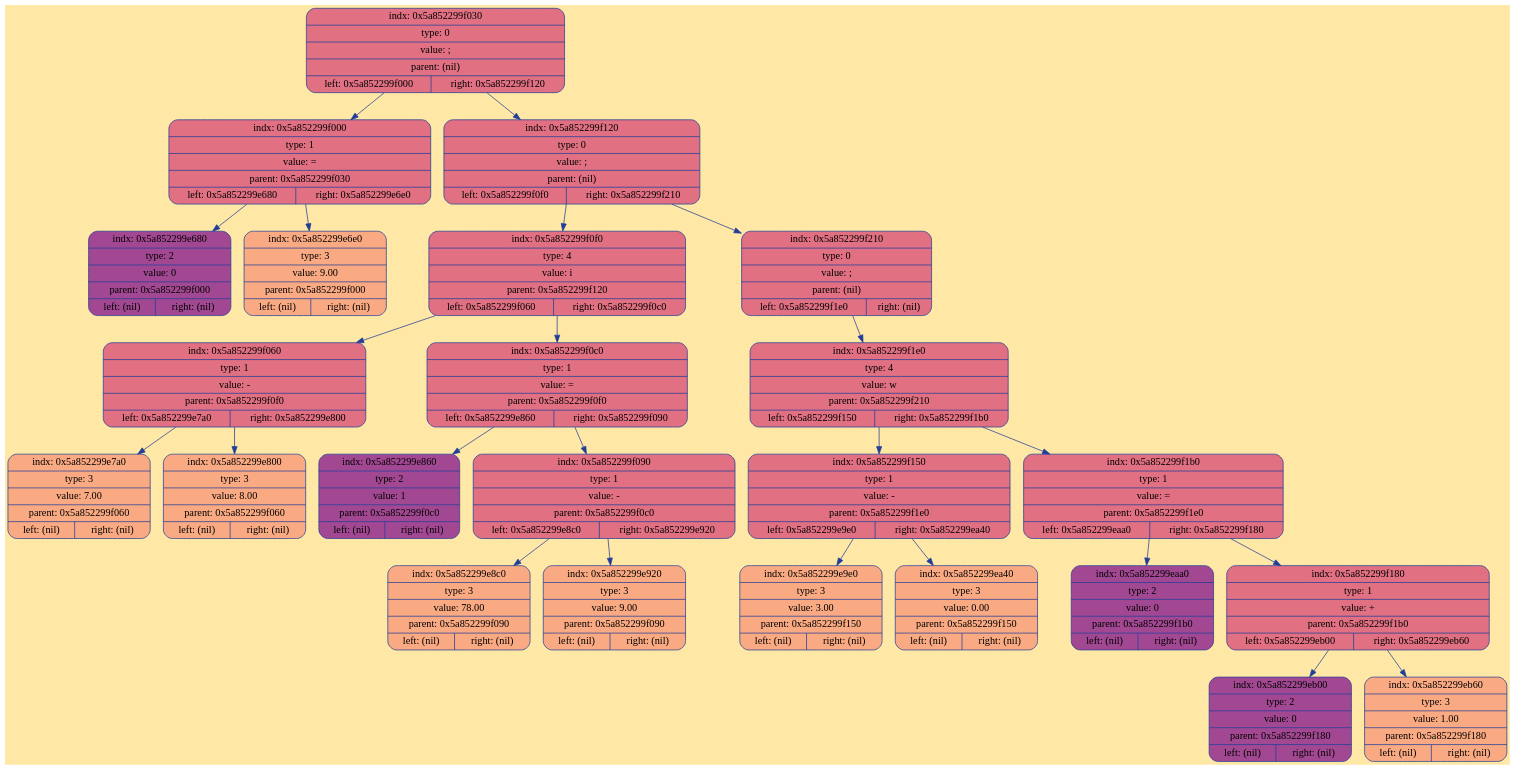
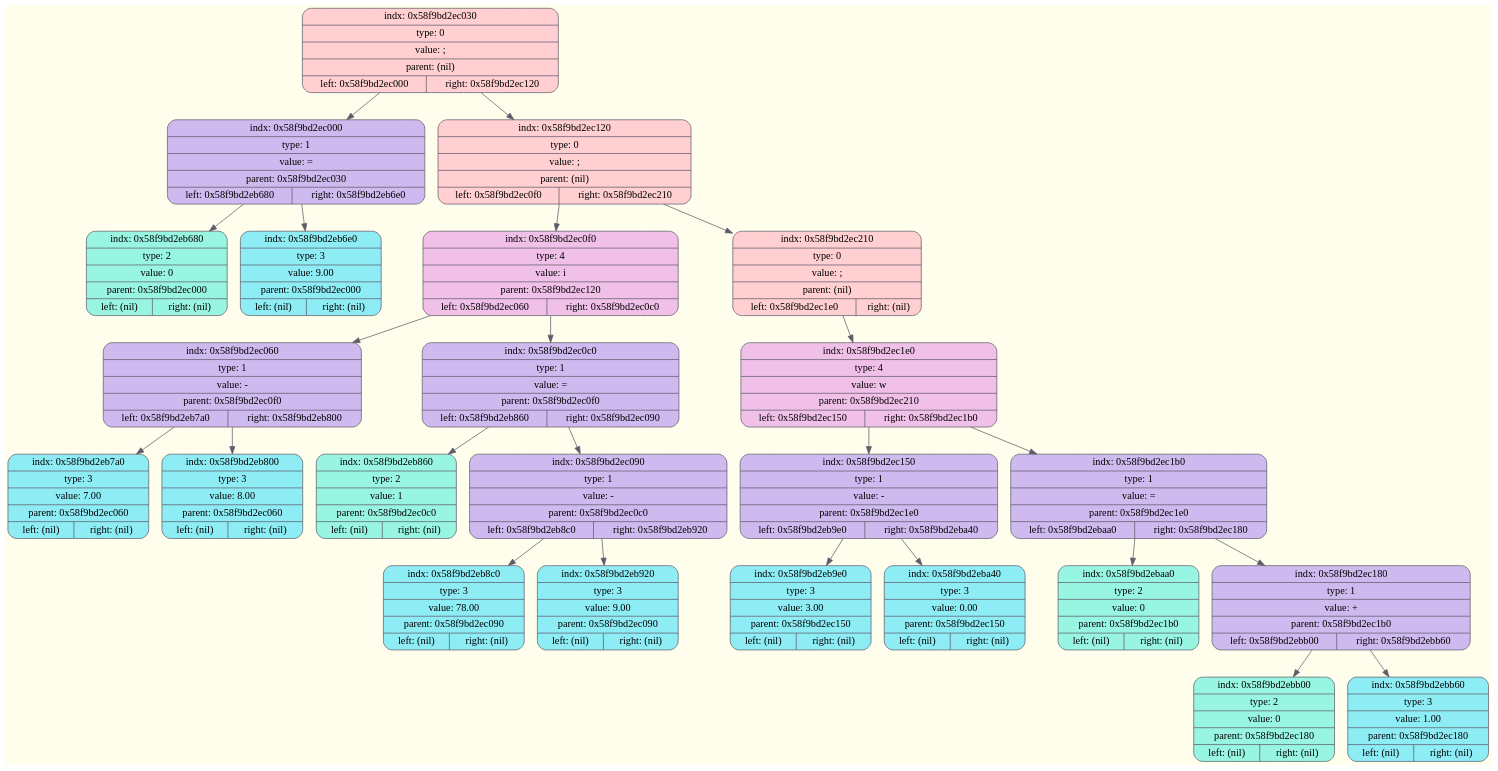
The diagram in frontend/debug/tree.dot (ksshkh/language), drawn with Graphviz before and after one commit. The commit also changed 3 other files, not shown here.

```diff
--- a/frontend/debug/tree.dot
+++ b/frontend/debug/tree.dot
@@ -1,53 +1,53 @@
 digraph Tree {
 	rankdir = TB;
 	node [shape = record];
-	edge [color = "#203D98"];
-	bgcolor = "#FFE7A5";
-	node0x5a852299f030 [color = "#203D98", shape = Mrecord, style = filled, fillcolor = "#E07082", label = "{indx: 0x5a852299f030 | type: 0 | value: ; | parent: (nil) | { left: 0x5a852299f000 | right: 0x5a852299f120}}"];
-		node0x5a852299f030 -> node0x5a852299f000
-	node0x5a852299f000 [color = "#203D98", shape = Mrecord, style = filled, fillcolor = "#E07082", label = "{indx: 0x5a852299f000 | type: 1 | value: = | parent: 0x5a852299f030 | { left: 0x5a852299e680 | right: 0x5a852299e6e0}}"];
-		node0x5a852299f000 -> node0x5a852299e680
-	node0x5a852299e680 [color = "#203D98", shape = Mrecord, style = filled, fillcolor = "#A24892", label = "{indx: 0x5a852299e680 | type: 2 | value: 0 | parent: 0x5a852299f000 | { left: (nil) | right: (nil)}}"];
-		node0x5a852299f000 -> node0x5a852299e6e0
-	node0x5a852299e6e0 [color = "#203D98", shape = Mrecord, style = filled, fillcolor = "#FAAA82", label = "{indx: 0x5a852299e6e0 | type: 3 | value: 9.00 | parent: 0x5a852299f000 | { left: (nil) | right: (nil)}}"];
-		node0x5a852299f030 -> node0x5a852299f120
-	node0x5a852299f120 [color = "#203D98", shape = Mrecord, style = filled, fillcolor = "#E07082", label = "{indx: 0x5a852299f120 | type: 0 | value: ; | parent: (nil) | { left: 0x5a852299f0f0 | right: 0x5a852299f210}}"];
-		node0x5a852299f120 -> node0x5a852299f0f0
-	node0x5a852299f0f0 [color = "#203D98", shape = Mrecord, style = filled, fillcolor = "#E07082", label = "{indx: 0x5a852299f0f0 | type: 4 | value: i | parent: 0x5a852299f120 | { left: 0x5a852299f060 | right: 0x5a852299f0c0}}"];
-		node0x5a852299f0f0 -> node0x5a852299f060
-	node0x5a852299f060 [color = "#203D98", shape = Mrecord, style = filled, fillcolor = "#E07082", label = "{indx: 0x5a852299f060 | type: 1 | value: - | parent: 0x5a852299f0f0 | { left: 0x5a852299e7a0 | right: 0x5a852299e800}}"];
-		node0x5a852299f060 -> node0x5a852299e7a0
-	node0x5a852299e7a0 [color = "#203D98", shape = Mrecord, style = filled, fillcolor = "#FAAA82", label = "{indx: 0x5a852299e7a0 | type: 3 | value: 7.00 | parent: 0x5a852299f060 | { left: (nil) | right: (nil)}}"];
-		node0x5a852299f060 -> node0x5a852299e800
-	node0x5a852299e800 [color = "#203D98", shape = Mrecord, style = filled, fillcolor = "#FAAA82", label = "{indx: 0x5a852299e800 | type: 3 | value: 8.00 | parent: 0x5a852299f060 | { left: (nil) | right: (nil)}}"];
-		node0x5a852299f0f0 -> node0x5a852299f0c0
-	node0x5a852299f0c0 [color = "#203D98", shape = Mrecord, style = filled, fillcolor = "#E07082", label = "{indx: 0x5a852299f0c0 | type: 1 | value: = | parent: 0x5a852299f0f0 | { left: 0x5a852299e860 | right: 0x5a852299f090}}"];
-		node0x5a852299f0c0 -> node0x5a852299e860
-	node0x5a852299e860 [color = "#203D98", shape = Mrecord, style = filled, fillcolor = "#A24892", label = "{indx: 0x5a852299e860 | type: 2 | value: 1 | parent: 0x5a852299f0c0 | { left: (nil) | right: (nil)}}"];
-		node0x5a852299f0c0 -> node0x5a852299f090
-	node0x5a852299f090 [color = "#203D98", shape = Mrecord, style = filled, fillcolor = "#E07082", label = "{indx: 0x5a852299f090 | type: 1 | value: - | parent: 0x5a852299f0c0 | { left: 0x5a852299e8c0 | right: 0x5a852299e920}}"];
-		node0x5a852299f090 -> node0x5a852299e8c0
-	node0x5a852299e8c0 [color = "#203D98", shape = Mrecord, style = filled, fillcolor = "#FAAA82", label = "{indx: 0x5a852299e8c0 | type: 3 | value: 78.00 | parent: 0x5a852299f090 | { left: (nil) | right: (nil)}}"];
-		node0x5a852299f090 -> node0x5a852299e920
-	node0x5a852299e920 [color = "#203D98", shape = Mrecord, style = filled, fillcolor = "#FAAA82", label = "{indx: 0x5a852299e920 | type: 3 | value: 9.00 | parent: 0x5a852299f090 | { left: (nil) | right: (nil)}}"];
-		node0x5a852299f120 -> node0x5a852299f210
-	node0x5a852299f210 [color = "#203D98", shape = Mrecord, style = filled, fillcolor = "#E07082", label = "{indx: 0x5a852299f210 | type: 0 | value: ; | parent: (nil) | { left: 0x5a852299f1e0 | right: (nil)}}"];
-		node0x5a852299f210 -> node0x5a852299f1e0
-	node0x5a852299f1e0 [color = "#203D98", shape = Mrecord, style = filled, fillcolor = "#E07082", label = "{indx: 0x5a852299f1e0 | type: 4 | value: w | parent: 0x5a852299f210 | { left: 0x5a852299f150 | right: 0x5a852299f1b0}}"];
-		node0x5a852299f1e0 -> node0x5a852299f150
-	node0x5a852299f150 [color = "#203D98", shape = Mrecord, style = filled, fillcolor = "#E07082", label = "{indx: 0x5a852299f150 | type: 1 | value: - | parent: 0x5a852299f1e0 | { left: 0x5a852299e9e0 | right: 0x5a852299ea40}}"];
-		node0x5a852299f150 -> node0x5a852299e9e0
-	node0x5a852299e9e0 [color = "#203D98", shape = Mrecord, style = filled, fillcolor = "#FAAA82", label = "{indx: 0x5a852299e9e0 | type: 3 | value: 3.00 | parent: 0x5a852299f150 | { left: (nil) | right: (nil)}}"];
-		node0x5a852299f150 -> node0x5a852299ea40
-	node0x5a852299ea40 [color = "#203D98", shape = Mrecord, style = filled, fillcolor = "#FAAA82", label = "{indx: 0x5a852299ea40 | type: 3 | value: 0.00 | parent: 0x5a852299f150 | { left: (nil) | right: (nil)}}"];
-		node0x5a852299f1e0 -> node0x5a852299f1b0
-	node0x5a852299f1b0 [color = "#203D98", shape = Mrecord, style = filled, fillcolor = "#E07082", label = "{indx: 0x5a852299f1b0 | type: 1 | value: = | parent: 0x5a852299f1e0 | { left: 0x5a852299eaa0 | right: 0x5a852299f180}}"];
-		node0x5a852299f1b0 -> node0x5a852299eaa0
-	node0x5a852299eaa0 [color = "#203D98", shape = Mrecord, style = filled, fillcolor = "#A24892", label = "{indx: 0x5a852299eaa0 | type: 2 | value: 0 | parent: 0x5a852299f1b0 | { left: (nil) | right: (nil)}}"];
-		node0x5a852299f1b0 -> node0x5a852299f180
-	node0x5a852299f180 [color = "#203D98", shape = Mrecord, style = filled, fillcolor = "#E07082", label = "{indx: 0x5a852299f180 | type: 1 | value: + | parent: 0x5a852299f1b0 | { left: 0x5a852299eb00 | right: 0x5a852299eb60}}"];
-		node0x5a852299f180 -> node0x5a852299eb00
-	node0x5a852299eb00 [color = "#203D98", shape = Mrecord, style = filled, fillcolor = "#A24892", label = "{indx: 0x5a852299eb00 | type: 2 | value: 0 | parent: 0x5a852299f180 | { left: (nil) | right: (nil)}}"];
-		node0x5a852299f180 -> node0x5a852299eb60
-	node0x5a852299eb60 [color = "#203D98", shape = Mrecord, style = filled, fillcolor = "#FAAA82", label = "{indx: 0x5a852299eb60 | type: 3 | value: 1.00 | parent: 0x5a852299f180 | { left: (nil) | right: (nil)}}"];
+	edge [color = "#5F5B6A"];
+	bgcolor = "#FFFEEC";
+	node0x58f9bd2ec030 [color = "#5F5B6A", shape = Mrecord, style = filled, fillcolor = "#FFCFD2", label = "{indx: 0x58f9bd2ec030 | type: 0 | value: ; | parent: (nil) | { left: 0x58f9bd2ec000 | right: 0x58f9bd2ec120}}"];
+		node0x58f9bd2ec030 -> node0x58f9bd2ec000
+	node0x58f9bd2ec000 [color = "#5F5B6A", shape = Mrecord, style = filled, fillcolor = "#CFBAF0", label = "{indx: 0x58f9bd2ec000 | type: 1 | value: = | parent: 0x58f9bd2ec030 | { left: 0x58f9bd2eb680 | right: 0x58f9bd2eb6e0}}"];
+		node0x58f9bd2ec000 -> node0x58f9bd2eb680
+	node0x58f9bd2eb680 [color = "#5F5B6A", shape = Mrecord, style = filled, fillcolor = "#98F5E1", label = "{indx: 0x58f9bd2eb680 | type: 2 | value: 0 | parent: 0x58f9bd2ec000 | { left: (nil) | right: (nil)}}"];
+		node0x58f9bd2ec000 -> node0x58f9bd2eb6e0
+	node0x58f9bd2eb6e0 [color = "#5F5B6A", shape = Mrecord, style = filled, fillcolor = "#8EECF5", label = "{indx: 0x58f9bd2eb6e0 | type: 3 | value: 9.00 | parent: 0x58f9bd2ec000 | { left: (nil) | right: (nil)}}"];
+		node0x58f9bd2ec030 -> node0x58f9bd2ec120
+	node0x58f9bd2ec120 [color = "#5F5B6A", shape = Mrecord, style = filled, fillcolor = "#FFCFD2", label = "{indx: 0x58f9bd2ec120 | type: 0 | value: ; | parent: (nil) | { left: 0x58f9bd2ec0f0 | right: 0x58f9bd2ec210}}"];
+		node0x58f9bd2ec120 -> node0x58f9bd2ec0f0
+	node0x58f9bd2ec0f0 [color = "#5F5B6A", shape = Mrecord, style = filled, fillcolor = "#F1C0E8", label = "{indx: 0x58f9bd2ec0f0 | type: 4 | value: i | parent: 0x58f9bd2ec120 | { left: 0x58f9bd2ec060 | right: 0x58f9bd2ec0c0}}"];
+		node0x58f9bd2ec0f0 -> node0x58f9bd2ec060
+	node0x58f9bd2ec060 [color = "#5F5B6A", shape = Mrecord, style = filled, fillcolor = "#CFBAF0", label = "{indx: 0x58f9bd2ec060 | type: 1 | value: - | parent: 0x58f9bd2ec0f0 | { left: 0x58f9bd2eb7a0 | right: 0x58f9bd2eb800}}"];
+		node0x58f9bd2ec060 -> node0x58f9bd2eb7a0
+	node0x58f9bd2eb7a0 [color = "#5F5B6A", shape = Mrecord, style = filled, fillcolor = "#8EECF5", label = "{indx: 0x58f9bd2eb7a0 | type: 3 | value: 7.00 | parent: 0x58f9bd2ec060 | { left: (nil) | right: (nil)}}"];
+		node0x58f9bd2ec060 -> node0x58f9bd2eb800
+	node0x58f9bd2eb800 [color = "#5F5B6A", shape = Mrecord, style = filled, fillcolor = "#8EECF5", label = "{indx: 0x58f9bd2eb800 | type: 3 | value: 8.00 | parent: 0x58f9bd2ec060 | { left: (nil) | right: (nil)}}"];
+		node0x58f9bd2ec0f0 -> node0x58f9bd2ec0c0
+	node0x58f9bd2ec0c0 [color = "#5F5B6A", shape = Mrecord, style = filled, fillcolor = "#CFBAF0", label = "{indx: 0x58f9bd2ec0c0 | type: 1 | value: = | parent: 0x58f9bd2ec0f0 | { left: 0x58f9bd2eb860 | right: 0x58f9bd2ec090}}"];
+		node0x58f9bd2ec0c0 -> node0x58f9bd2eb860
+	node0x58f9bd2eb860 [color = "#5F5B6A", shape = Mrecord, style = filled, fillcolor = "#98F5E1", label = "{indx: 0x58f9bd2eb860 | type: 2 | value: 1 | parent: 0x58f9bd2ec0c0 | { left: (nil) | right: (nil)}}"];
+		node0x58f9bd2ec0c0 -> node0x58f9bd2ec090
+	node0x58f9bd2ec090 [color = "#5F5B6A", shape = Mrecord, style = filled, fillcolor = "#CFBAF0", label = "{indx: 0x58f9bd2ec090 | type: 1 | value: - | parent: 0x58f9bd2ec0c0 | { left: 0x58f9bd2eb8c0 | right: 0x58f9bd2eb920}}"];
+		node0x58f9bd2ec090 -> node0x58f9bd2eb8c0
+	node0x58f9bd2eb8c0 [color = "#5F5B6A", shape = Mrecord, style = filled, fillcolor = "#8EECF5", label = "{indx: 0x58f9bd2eb8c0 | type: 3 | value: 78.00 | parent: 0x58f9bd2ec090 | { left: (nil) | right: (nil)}}"];
+		node0x58f9bd2ec090 -> node0x58f9bd2eb920
+	node0x58f9bd2eb920 [color = "#5F5B6A", shape = Mrecord, style = filled, fillcolor = "#8EECF5", label = "{indx: 0x58f9bd2eb920 | type: 3 | value: 9.00 | parent: 0x58f9bd2ec090 | { left: (nil) | right: (nil)}}"];
+		node0x58f9bd2ec120 -> node0x58f9bd2ec210
+	node0x58f9bd2ec210 [color = "#5F5B6A", shape = Mrecord, style = filled, fillcolor = "#FFCFD2", label = "{indx: 0x58f9bd2ec210 | type: 0 | value: ; | parent: (nil) | { left: 0x58f9bd2ec1e0 | right: (nil)}}"];
+		node0x58f9bd2ec210 -> node0x58f9bd2ec1e0
+	node0x58f9bd2ec1e0 [color = "#5F5B6A", shape = Mrecord, style = filled, fillcolor = "#F1C0E8", label = "{indx: 0x58f9bd2ec1e0 | type: 4 | value: w | parent: 0x58f9bd2ec210 | { left: 0x58f9bd2ec150 | right: 0x58f9bd2ec1b0}}"];
+		node0x58f9bd2ec1e0 -> node0x58f9bd2ec150
+	node0x58f9bd2ec150 [color = "#5F5B6A", shape = Mrecord, style = filled, fillcolor = "#CFBAF0", label = "{indx: 0x58f9bd2ec150 | type: 1 | value: - | parent: 0x58f9bd2ec1e0 | { left: 0x58f9bd2eb9e0 | right: 0x58f9bd2eba40}}"];
+		node0x58f9bd2ec150 -> node0x58f9bd2eb9e0
+	node0x58f9bd2eb9e0 [color = "#5F5B6A", shape = Mrecord, style = filled, fillcolor = "#8EECF5", label = "{indx: 0x58f9bd2eb9e0 | type: 3 | value: 3.00 | parent: 0x58f9bd2ec150 | { left: (nil) | right: (nil)}}"];
+		node0x58f9bd2ec150 -> node0x58f9bd2eba40
+	node0x58f9bd2eba40 [color = "#5F5B6A", shape = Mrecord, style = filled, fillcolor = "#8EECF5", label = "{indx: 0x58f9bd2eba40 | type: 3 | value: 0.00 | parent: 0x58f9bd2ec150 | { left: (nil) | right: (nil)}}"];
+		node0x58f9bd2ec1e0 -> node0x58f9bd2ec1b0
+	node0x58f9bd2ec1b0 [color = "#5F5B6A", shape = Mrecord, style = filled, fillcolor = "#CFBAF0", label = "{indx: 0x58f9bd2ec1b0 | type: 1 | value: = | parent: 0x58f9bd2ec1e0 | { left: 0x58f9bd2ebaa0 | right: 0x58f9bd2ec180}}"];
+		node0x58f9bd2ec1b0 -> node0x58f9bd2ebaa0
+	node0x58f9bd2ebaa0 [color = "#5F5B6A", shape = Mrecord, style = filled, fillcolor = "#98F5E1", label = "{indx: 0x58f9bd2ebaa0 | type: 2 | value: 0 | parent: 0x58f9bd2ec1b0 | { left: (nil) | right: (nil)}}"];
+		node0x58f9bd2ec1b0 -> node0x58f9bd2ec180
+	node0x58f9bd2ec180 [color = "#5F5B6A", shape = Mrecord, style = filled, fillcolor = "#CFBAF0", label = "{indx: 0x58f9bd2ec180 | type: 1 | value: + | parent: 0x58f9bd2ec1b0 | { left: 0x58f9bd2ebb00 | right: 0x58f9bd2ebb60}}"];
+		node0x58f9bd2ec180 -> node0x58f9bd2ebb00
+	node0x58f9bd2ebb00 [color = "#5F5B6A", shape = Mrecord, style = filled, fillcolor = "#98F5E1", label = "{indx: 0x58f9bd2ebb00 | type: 2 | value: 0 | parent: 0x58f9bd2ec180 | { left: (nil) | right: (nil)}}"];
+		node0x58f9bd2ec180 -> node0x58f9bd2ebb60
+	node0x58f9bd2ebb60 [color = "#5F5B6A", shape = Mrecord, style = filled, fillcolor = "#8EECF5", label = "{indx: 0x58f9bd2ebb60 | type: 3 | value: 1.00 | parent: 0x58f9bd2ec180 | { left: (nil) | right: (nil)}}"];
 }
```
